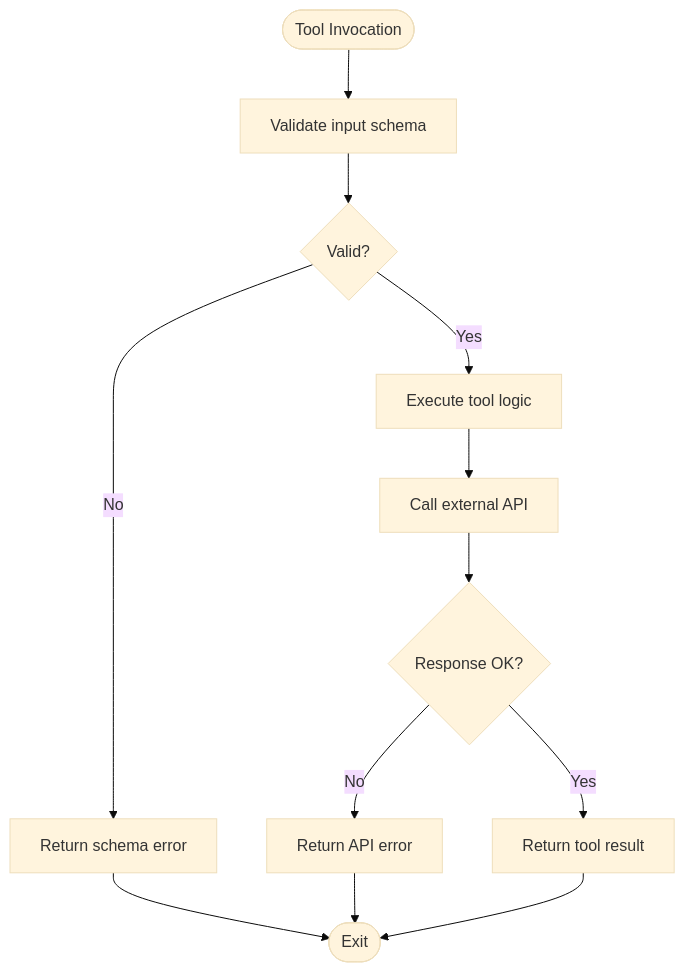
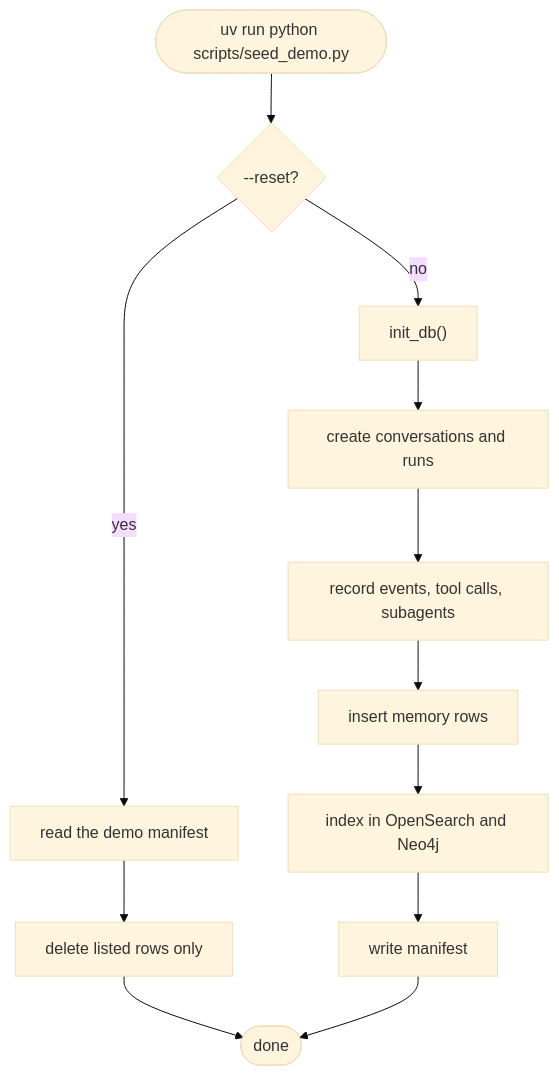
Before and after one commit to tashifkhan/tashif.codes: the third of 5 diagrams in src/data/docs/agentic-browser/Testing Strategy.md, drawn with Mermaid (base theme). The commit also changed other lines of this file and 114 other files, not shown here.

````diff
--- a/src/data/docs/agentic-browser/Testing Strategy.md
+++ b/src/data/docs/agentic-browser/Testing Strategy.md
@@ -181,14 +80,14 @@
 ```mermaid
 flowchart TD
-TStart(["Tool Invocation"]) --> Schema["Validate input schema"]
-Schema --> Valid{"Valid?"}
-Valid --> |No| TErr["Return schema error"]
-Valid --> |Yes| Exec["Execute tool logic"]
-Exec --> ExtAPI["Call external API"]
-ExtAPI --> Resp{"Response OK?"}
-Resp --> |No| TErr2["Return API error"]
-Resp --> |Yes| TDone["Return tool result"]
-TErr --> TEnd(["Exit"])
-TErr2 --> TEnd
-TDone --> TEnd
+  Start(["uv run python scripts/seed_demo.py"]) --> Reset{"--reset?"}
+  Reset -- yes --> Read["read the demo manifest"]
+  Read --> Delete["delete listed rows only"]
+  Reset -- no --> Init["init_db()"]
+  Init --> Runs["create conversations and runs"]
+  Runs --> Events["record events, tool calls, subagents"]
+  Events --> Claims["insert memory rows"]
+  Claims --> Mirror["index in OpenSearch and Neo4j"]
+  Mirror --> Manifest["write manifest"]
+  Delete --> Done(["done"])
+  Manifest --> Done
 ```
````
